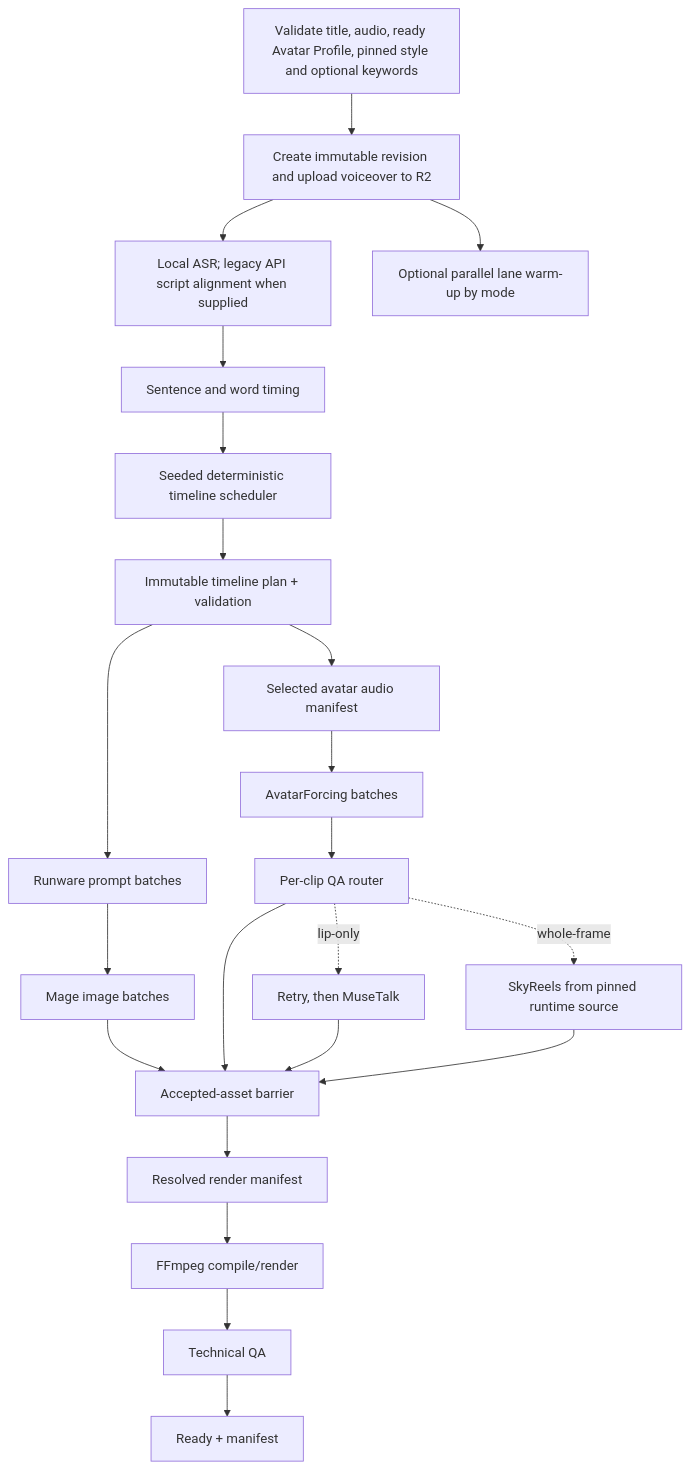
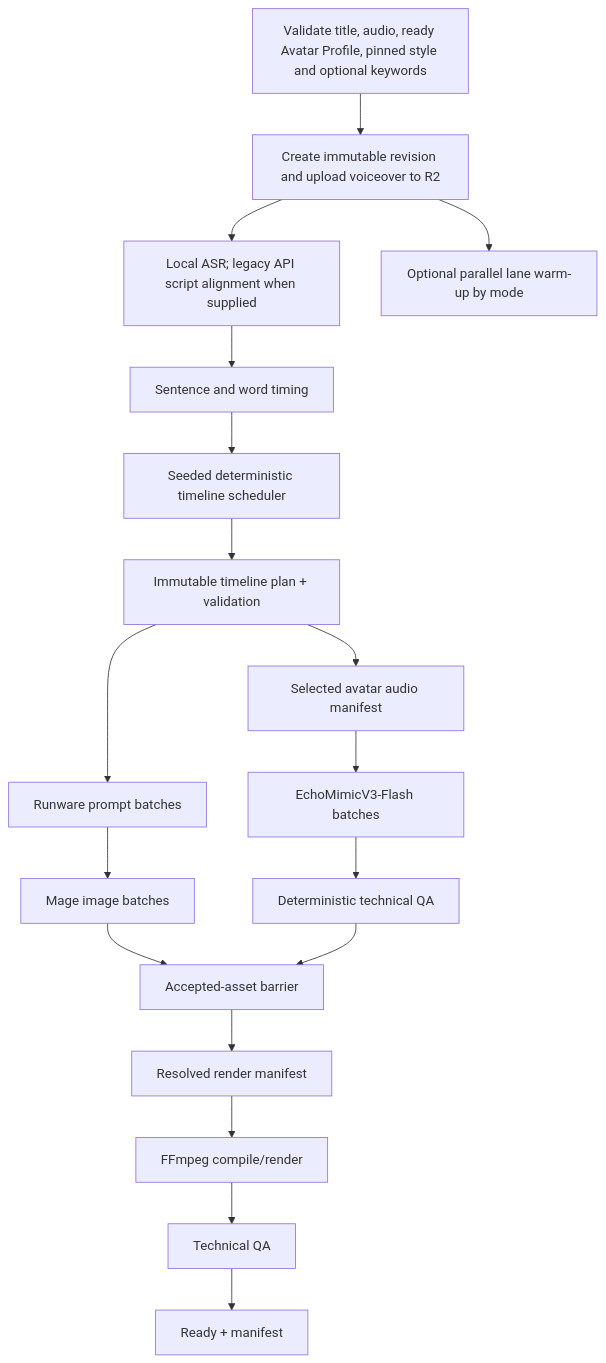
One commit to Pala-LakshmanSai/videoforge changed the diagram in project-context/07_PIPELINE_AND_SCHEDULER.md. Above: the diagram before and after it, drawn with Mermaid. The commit also changed other lines of this file and 18 other files, not shown here.

Commit message:
docs(avatar): select EchoMimicV3 Flash

````diff
--- a/project-context/07_PIPELINE_AND_SCHEDULER.md
+++ b/project-context/07_PIPELINE_AND_SCHEDULER.md
@@ -8,24 +8,20 @@
 ```mermaid
 flowchart TD
     A["Validate title, audio, ready Avatar Profile, pinned style and optional keywords"] --> B["Create immutable revision and upload voiceover to R2"]
     B --> C["Local ASR; legacy API script alignment when supplied"]
     B --> W["Optional parallel lane warm-up by mode"]
     C --> D["Sentence and word timing"]
     D --> E["Seeded deterministic timeline scheduler"]
     E --> F["Immutable timeline plan + validation"]
     F --> G["Runware prompt batches"]
     F --> H["Selected avatar audio manifest"]
     G --> I["Mage image batches"]
-    H --> J["AvatarForcing batches"]
-    J --> K["Per-clip QA router"]
-    K -. "lip-only" .-> L["Retry, then MuseTalk"]
-    K -. "whole-frame" .-> M["SkyReels from pinned runtime source"]
+    H --> J["EchoMimicV3-Flash batches"]
+    J --> K["Deterministic technical QA"]
     I --> N["Accepted-asset barrier"]
     K --> N
-    L --> N
-    M --> N
     N --> R["Resolved render manifest"]
     R --> O["FFmpeg compile/render"]
     O --> P["Technical QA"]
     P --> Q["Ready + manifest"]
 ```
````
